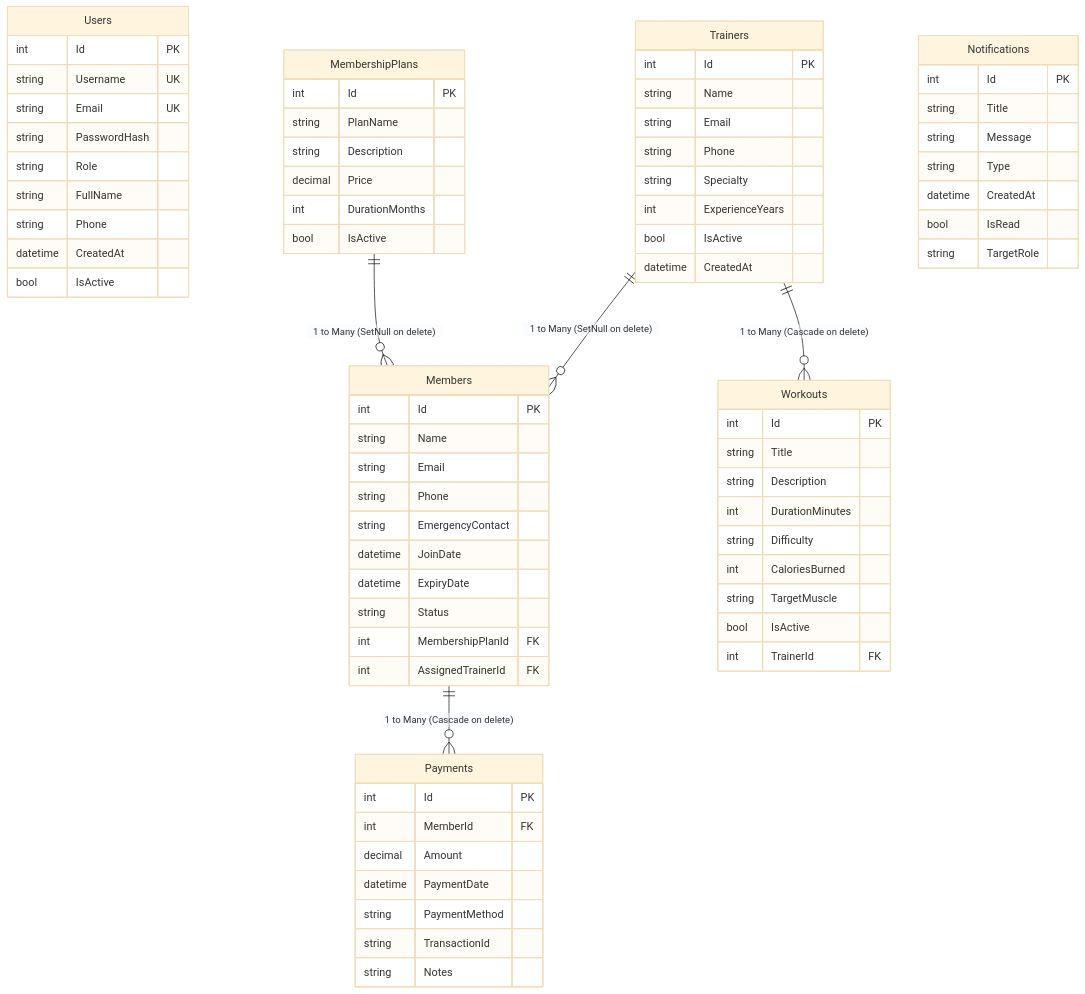
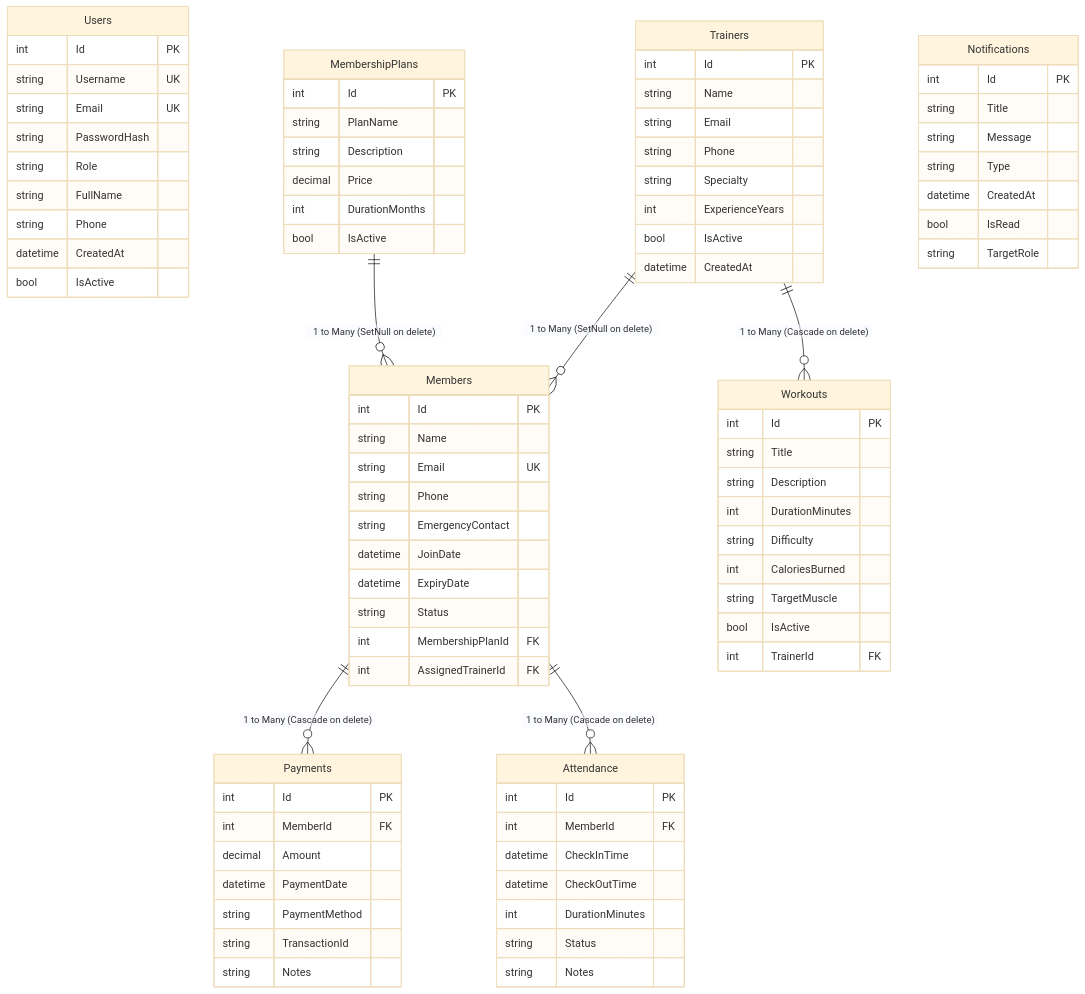
Before and after one commit to Tonmoy51480/fitcore-gym-management-system: the diagram in README.md, drawn with Mermaid (base theme). The commit also changed other lines of this file, not shown here.

Commit message:
docs: update documentation with attendance module and complete architecture

````diff
--- a/README.md
+++ b/README.md
@@ -147,7 +162,7 @@
     Members {
         int Id PK
         string Name
-        string Email
+        string Email UK
         string Phone
         string EmergencyContact
         datetime JoinDate
@@ -155,6 +170,16 @@
         string Status
         int MembershipPlanId FK
         int AssignedTrainerId FK
+    }
+
+    Attendance {
+        int Id PK
+        int MemberId FK
+        datetime CheckInTime
+        datetime CheckOutTime
+        int DurationMinutes
+        string Status
+        string Notes
     }
 
     Workouts {
@@ -193,4 +218,5 @@
     Trainers ||--o{ Members : "1 to Many (SetNull on delete)"
     Trainers ||--o{ Workouts : "1 to Many (Cascade on delete)"
     Members ||--o{ Payments : "1 to Many (Cascade on delete)"
+    Members ||--o{ Attendance : "1 to Many (Cascade on delete)"
 ```
````
